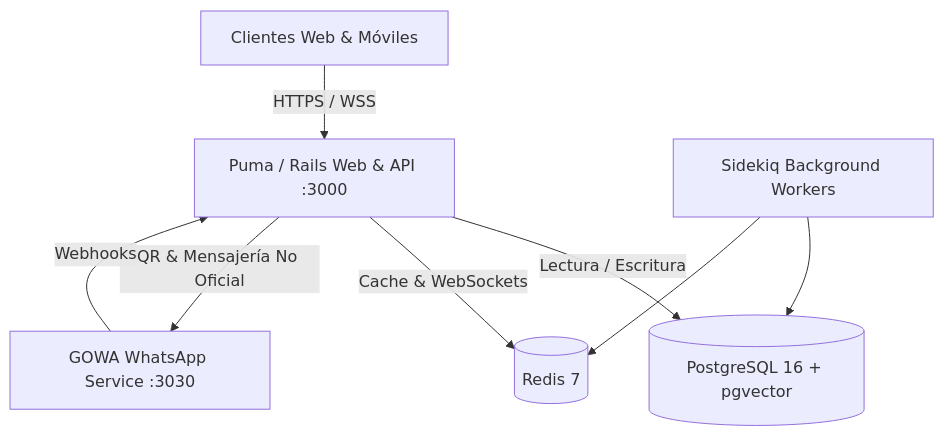
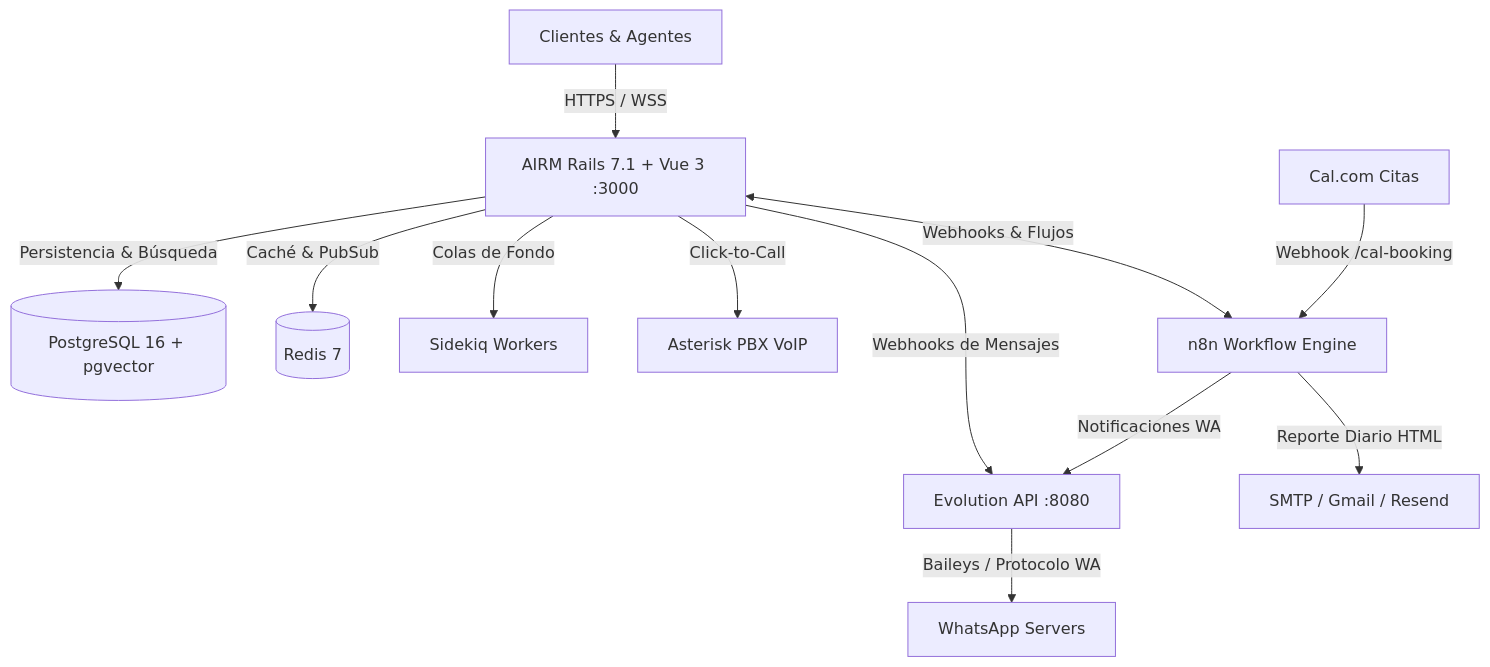
Before and after one commit to datasch/AIRMv2: the diagram in README.md, drawn with Mermaid. The commit also changed other lines of this file, not shown here.

Commit message:
docs: update README with all system features, DLP, VoIP, Cal.com, and n8n integrations

````diff
--- a/README.md
+++ b/README.md
@@ -68,10 +70,14 @@
 ```mermaid
 graph TD
-    Client[Clientes Web & Móviles] -->|HTTPS / WSS| Web[Puma / Rails Web & API :3000]
-    Web -->|Lectura / Escritura| DB[(PostgreSQL 16 + pgvector)]
-    Web -->|Cache & WebSockets| Redis[(Redis 7)]
-    Web -->|QR & Mensajería No Oficial| GOWA[GOWA WhatsApp Service :3030]
-    GOWA -->|Webhooks| Web
-    Workers[Sidekiq Background Workers] --> DB
-    Workers --> Redis
+    User[Clientes & Agentes] -->|HTTPS / WSS| Web[AIRM Rails 7.1 + Vue 3 :3000]
+    Web -->|Persistencia & Búsqueda| DB[(PostgreSQL 16 + pgvector)]
+    Web -->|Caché & PubSub| Redis[(Redis 7)]
+    Web -->|Colas de Fondo| Sidekiq[Sidekiq Workers]
+    Web -->|Webhooks de Mensajes| Evo[Evolution API :8080]
+    Evo -->|Baileys / Protocolo WA| Meta[WhatsApp Servers]
+    Web -->|Click-to-Call| Asterisk[Asterisk PBX VoIP]
+    Web <-->|Webhooks & Flujos| n8n[n8n Workflow Engine]
+    Cal[Cal.com Citas] -->|Webhook /cal-booking| n8n
+    n8n -->|Notificaciones WA| Evo
+    n8n -->|Reporte Diario HTML| Mail[SMTP / Gmail / Resend]
 ```
````
